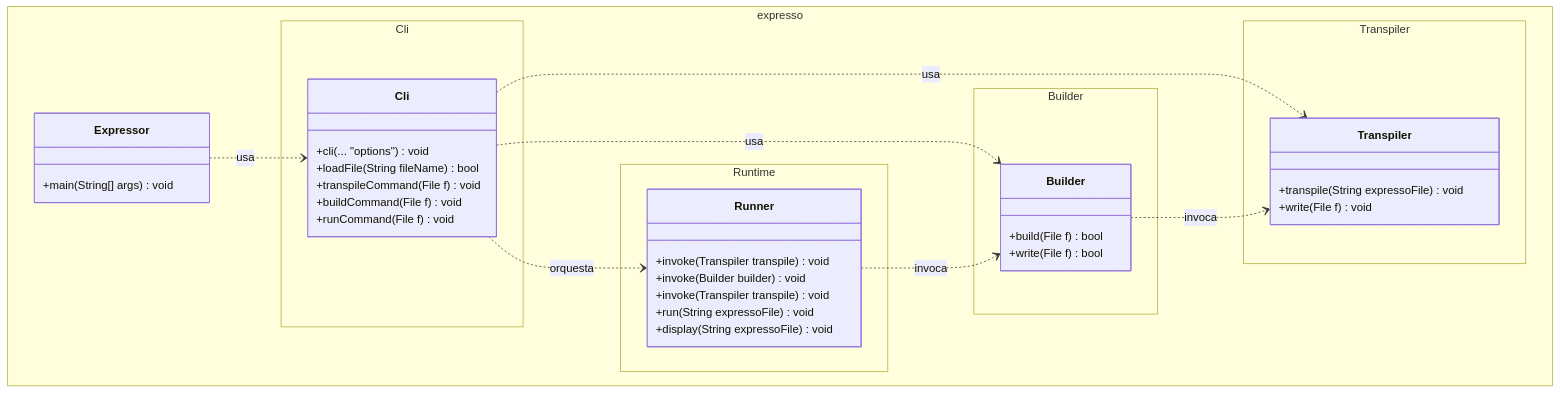
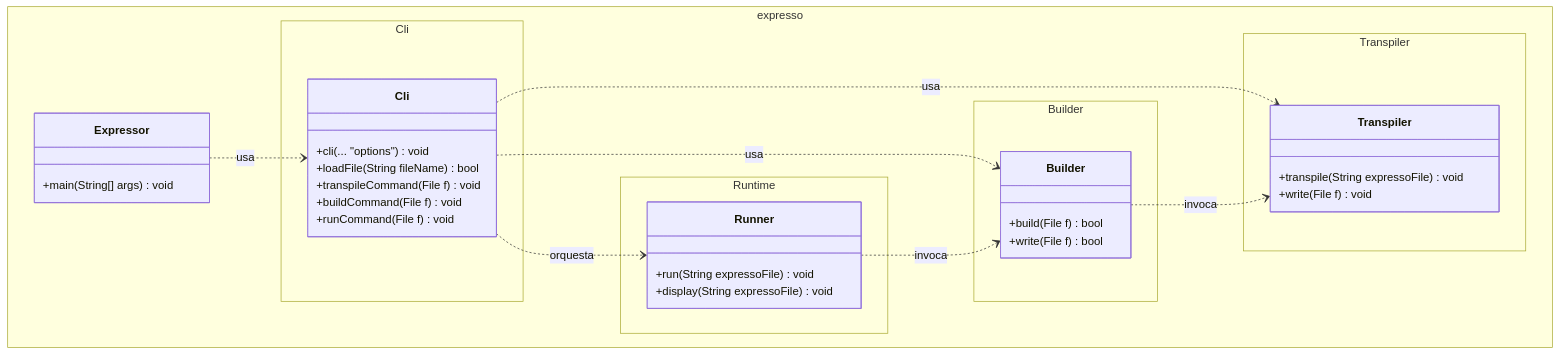
One commit to anthonyOviedo/Expresso changed the diagram in UML.mmd. Above: the diagram before and after it, drawn with Mermaid.

```diff
--- a/UML.mmd
+++ b/UML.mmd
@@ -1,56 +1,53 @@
 classDiagram
 %% =======================
 %% Paquetes / namespaces
 %% =======================
 
 namespace expresso{
   class Expressor {
     +main(String[] args) void
   }
 }
 
 namespace expresso.Cli {
   class Cli {
     +cli(... "options") void
     +loadFile(String fileName) bool
     +transpileCommand(File f) void
     +buildCommand(File f) void
     +runCommand(File f) void
   }
 }
 
 
 namespace expresso.Transpiler {
   class Transpiler {
     +transpile(String expressoFile) void
     +write(File f) void
   }
 }
 
 namespace expresso.Builder {
   class Builder {
     +build(File f) bool
     +write(File f) bool
   }
 }
 
 namespace expresso.Runtime {
   class Runner {
-    +invoke(Transpiler transpile) void
-    +invoke(Builder builder) void
-    +invoke(Transpiler transpile) void
     +run(String expressoFile) void
     +display(String expressoFile) void
   }
 }
 
 %% =======================
 %% Relaciones internas
 %% =======================
 Expressor ..> Cli : usa
 Cli ..> Transpiler : usa
 Cli ..> Builder  : usa
 Cli ..> Runner     : orquesta
 
 Builder ..> Transpiler : invoca
 Runner    ..> Builder  : invoca
```
